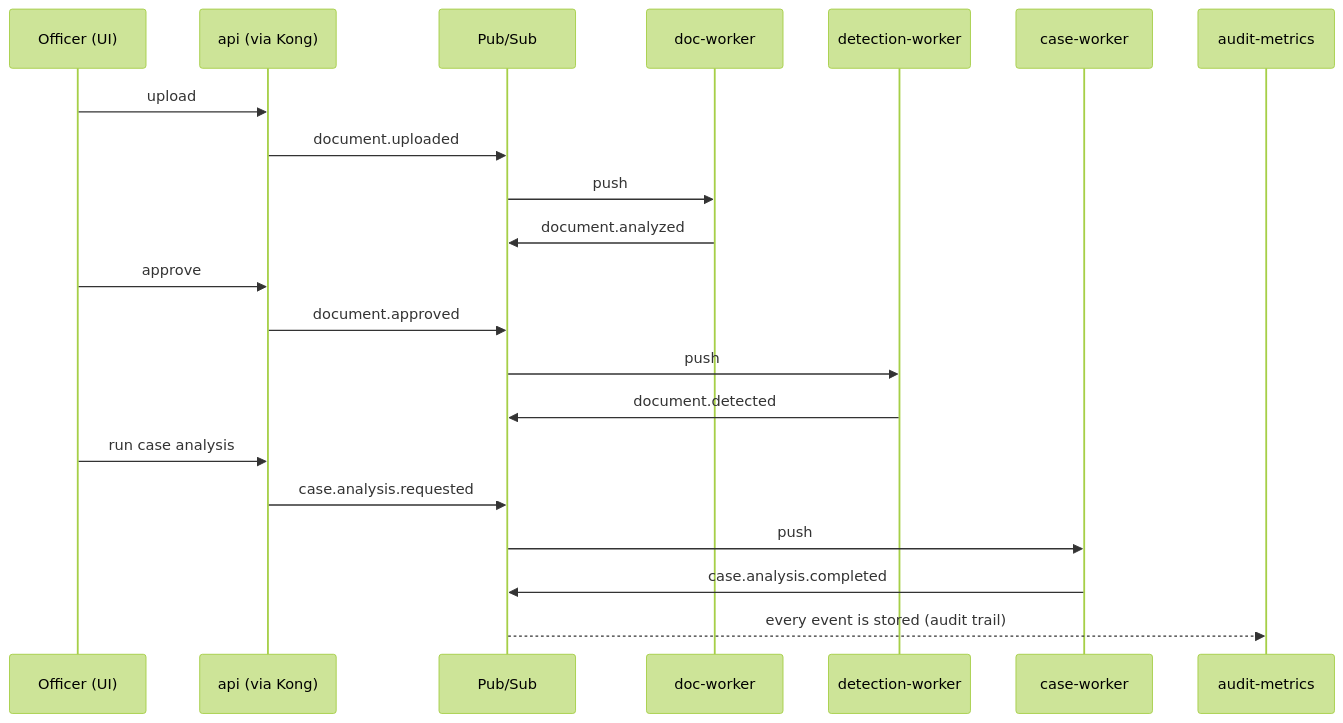
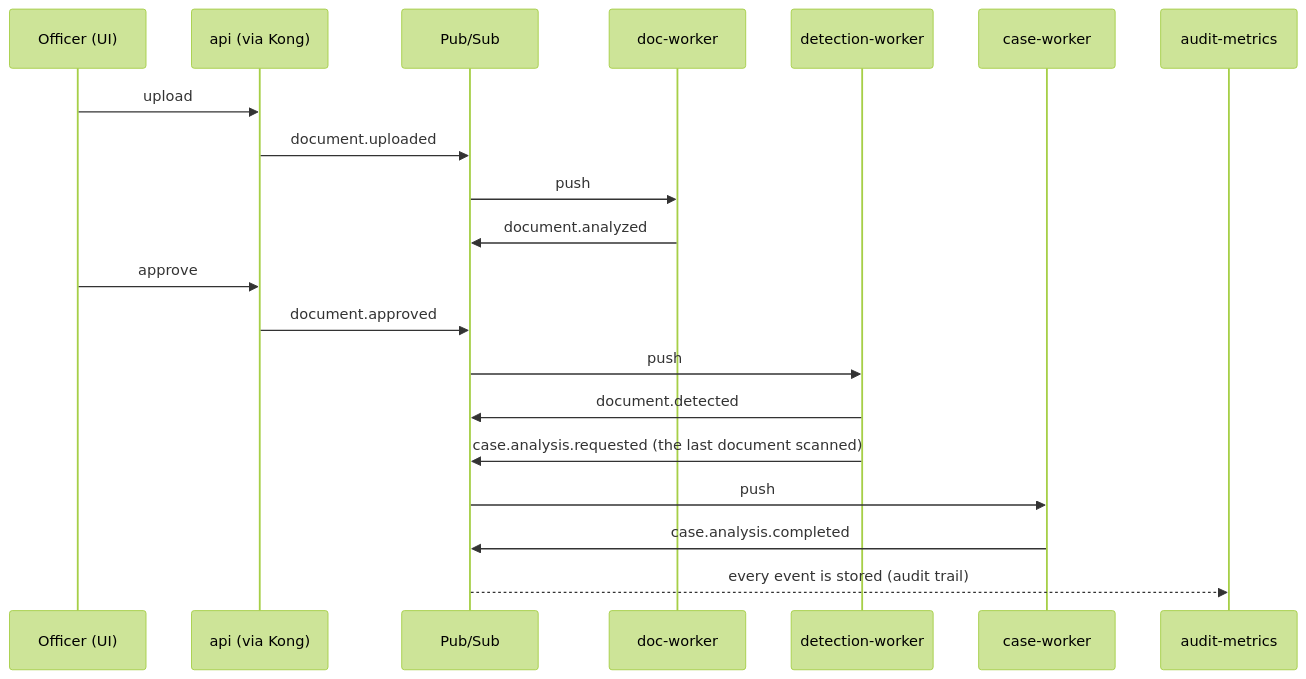
Before and after one commit to smu-fyp-six-sevens/six-sevens: the diagram in docs/architecture/PRESENTATION_GUIDE.md, drawn with Mermaid (forest theme). The commit also changed 4 other files, not shown here.

````diff
--- a/docs/architecture/PRESENTATION_GUIDE.md
+++ b/docs/architecture/PRESENTATION_GUIDE.md
@@ -70,23 +70,22 @@
 ```mermaid
 sequenceDiagram
     participant O as Officer (UI)
     participant A as api (via Kong)
     participant P as Pub/Sub
     participant D as doc-worker
     participant T as detection-worker
     participant C as case-worker
     participant M as audit-metrics
     O->>A: upload
     A->>P: document.uploaded
     P->>D: push
     D->>P: document.analyzed
     O->>A: approve
     A->>P: document.approved
     P->>T: push
     T->>P: document.detected
-    O->>A: run case analysis
-    A->>P: case.analysis.requested
+    T->>P: case.analysis.requested (the last document scanned)
     P->>C: push
     C->>P: case.analysis.completed
     P-->>M: every event is stored (audit trail)
 ```
````
